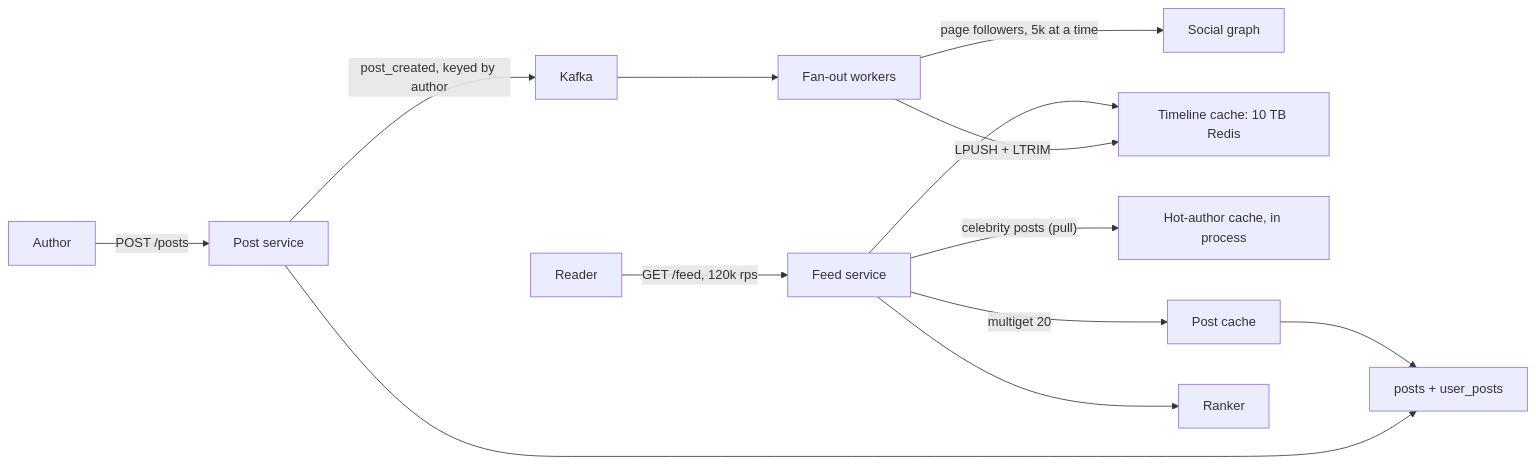
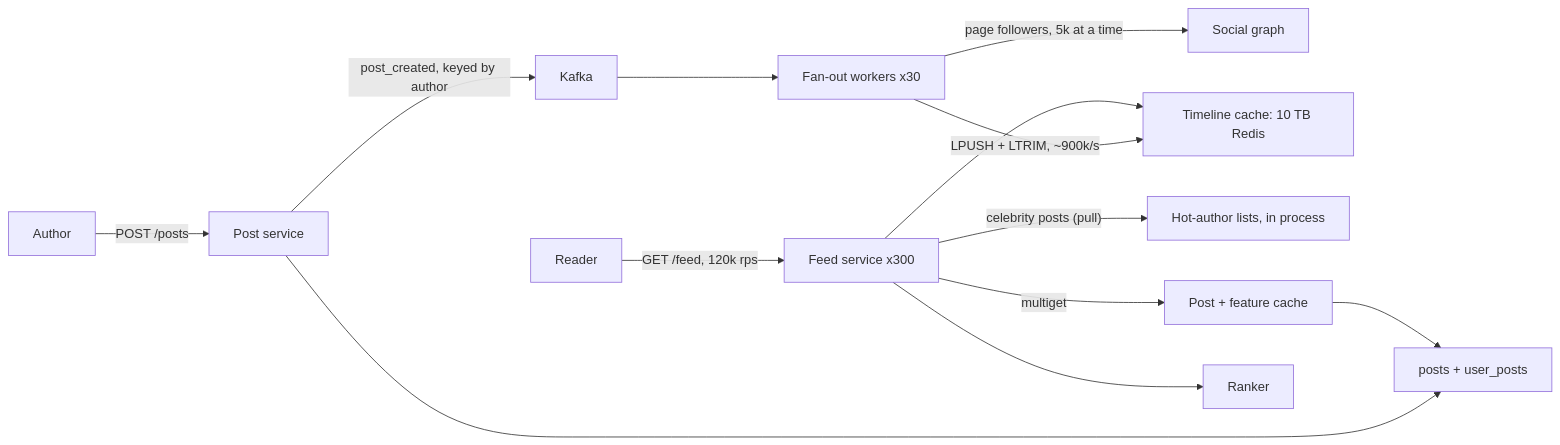
Before and after one commit to thull32/ascend: the diagram in content/tracks/09-system-design/03-case-studies/04-news-feed.md, drawn with Mermaid. The commit also changed other lines of this file and 8 other files, not shown here.

````diff
--- a/content/tracks/09-system-design/03-case-studies/04-news-feed.md
+++ b/content/tracks/09-system-design/03-case-studies/04-news-feed.md
@@ -99,15 +105,15 @@
 ```mermaid
 flowchart LR
   A["Author"] -->|"POST /posts"| PS["Post service"]
   PS --> PDB["posts + user_posts"]
   PS -->|"post_created, keyed by author"| K["Kafka"]
-  K --> FO["Fan-out workers"]
+  K --> FO["Fan-out workers x30"]
   FO -->|"page followers, 5k at a time"| SG["Social graph"]
-  FO -->|"LPUSH + LTRIM"| TL["Timeline cache: 10 TB Redis"]
-  R["Reader"] -->|"GET /feed, 120k rps"| FS["Feed service"]
+  FO -->|"LPUSH + LTRIM, ~900k/s"| TL["Timeline cache: 10 TB Redis"]
+  R["Reader"] -->|"GET /feed, 120k rps"| FS["Feed service x300"]
   FS --> TL
-  FS -->|"celebrity posts (pull)"| HC["Hot-author cache, in process"]
-  FS -->|"multiget 20"| PC["Post cache"]
+  FS -->|"celebrity posts (pull)"| HC["Hot-author lists, in process"]
+  FS -->|"multiget"| PC["Post + feature cache"]
   PC --> PDB
   FS --> RK["Ranker"]
 ```
````
